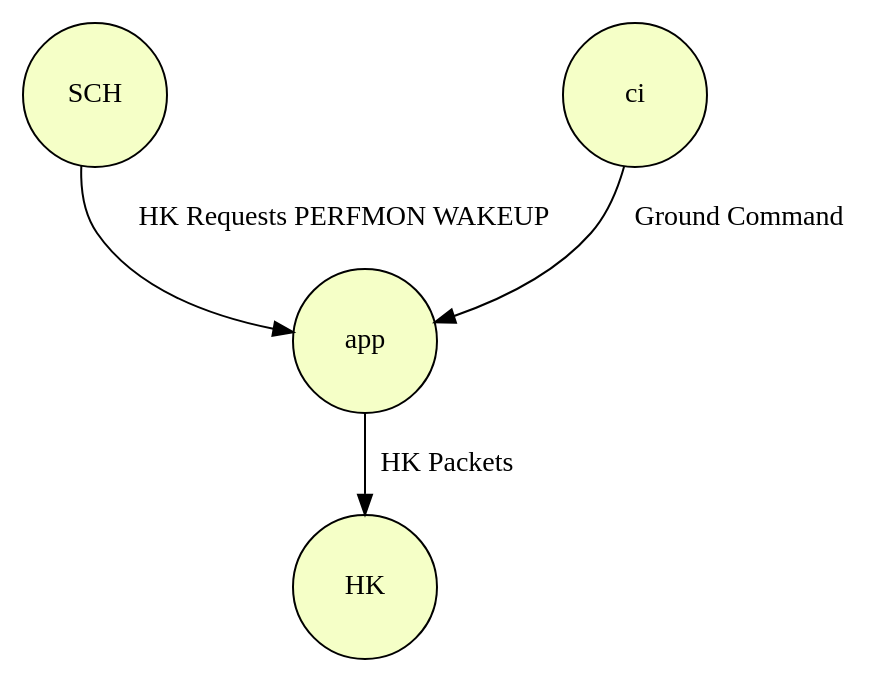
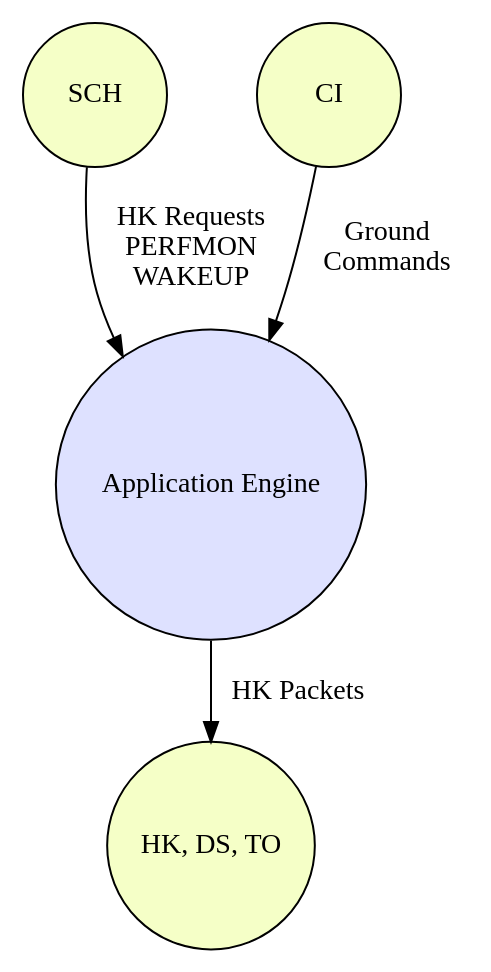
Before and after one commit to marselomeri/airliner: the diagram in apps/ea/docs/design.rst, drawn with Graphviz. The commit also changed other lines of this file, not shown here.

Commit message:
Fixed EA graphviz design #41

```diff
--- a/apps/ea/docs/design.rst
+++ b/apps/ea/docs/design.rst
@@ -8,16 +7,16 @@
 .. graphviz::
    :caption: EA Context Diagram
    
    digraph EA_Context_Diagram {
          
-      SCH -> app [label="HK Requests PERFMON WAKEUP"];
-      app -> HK [label="HK Packets"];
-      ci -> app [label="Ground Command"];
+      SCH -> APP [label="HK Requests\nPERFMON\nWAKEUP"];
+      APP -> HK [label=" HK Packets"];
+      CI -> APP [label="Ground\nCommands"];
        
      
-      SCH [style=filled, fillcolor="#f5ffc7", URL="../sch/README.html", shape=circle, width=1]
-      app [style=filled, fillcolor="#f5ffc7", URL="../sch/README.html", shape=circle, width=1]
-      HK [style=filled, fillcolor="#f5ffc7", URL="../sch/README.html", shape=circle, width=1]
-      ci [style=filled, fillcolor="#f5ffc7", URL="../sch/README.html", shape=circle, width=1]
+      SCH [style=filled, fillcolor="#f5ffc7", shape=circle, width=1]
+      APP [style=filled, fillcolor="#dee1ff", shape=circle, width=1.5, label ="Application Engine"]
+      HK [style=filled, fillcolor="#f5ffc7", shape=circle, width=1, label ="HK, DS, TO"]
+      CI [style=filled, fillcolor="#f5ffc7", shape=circle, width=1]
       
     }
```
